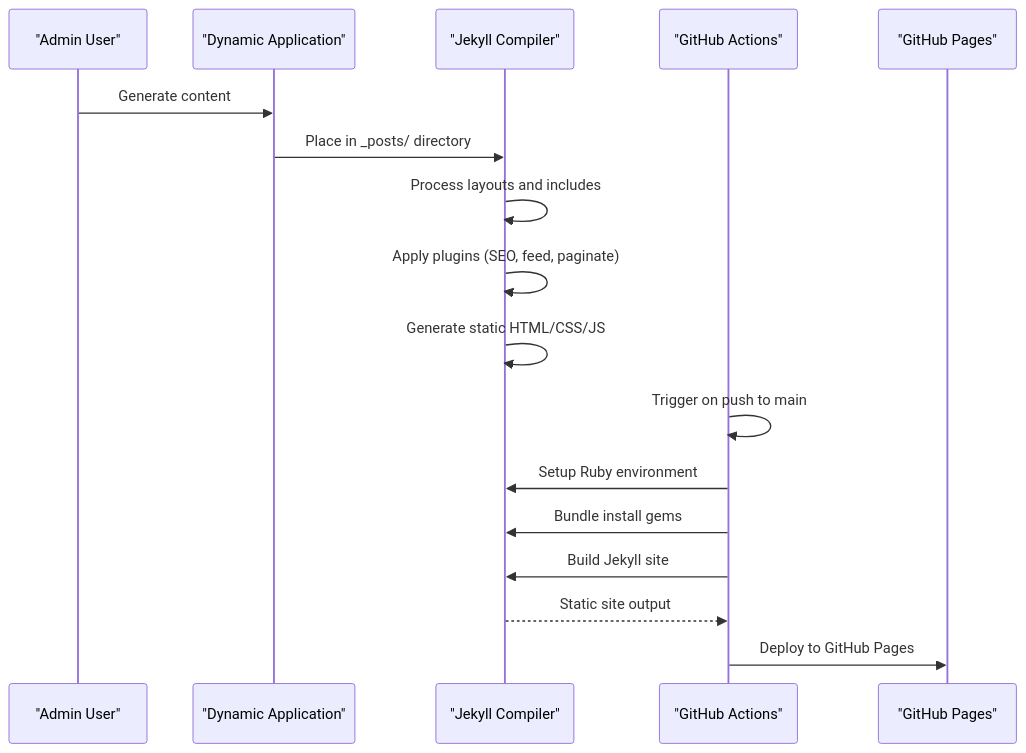
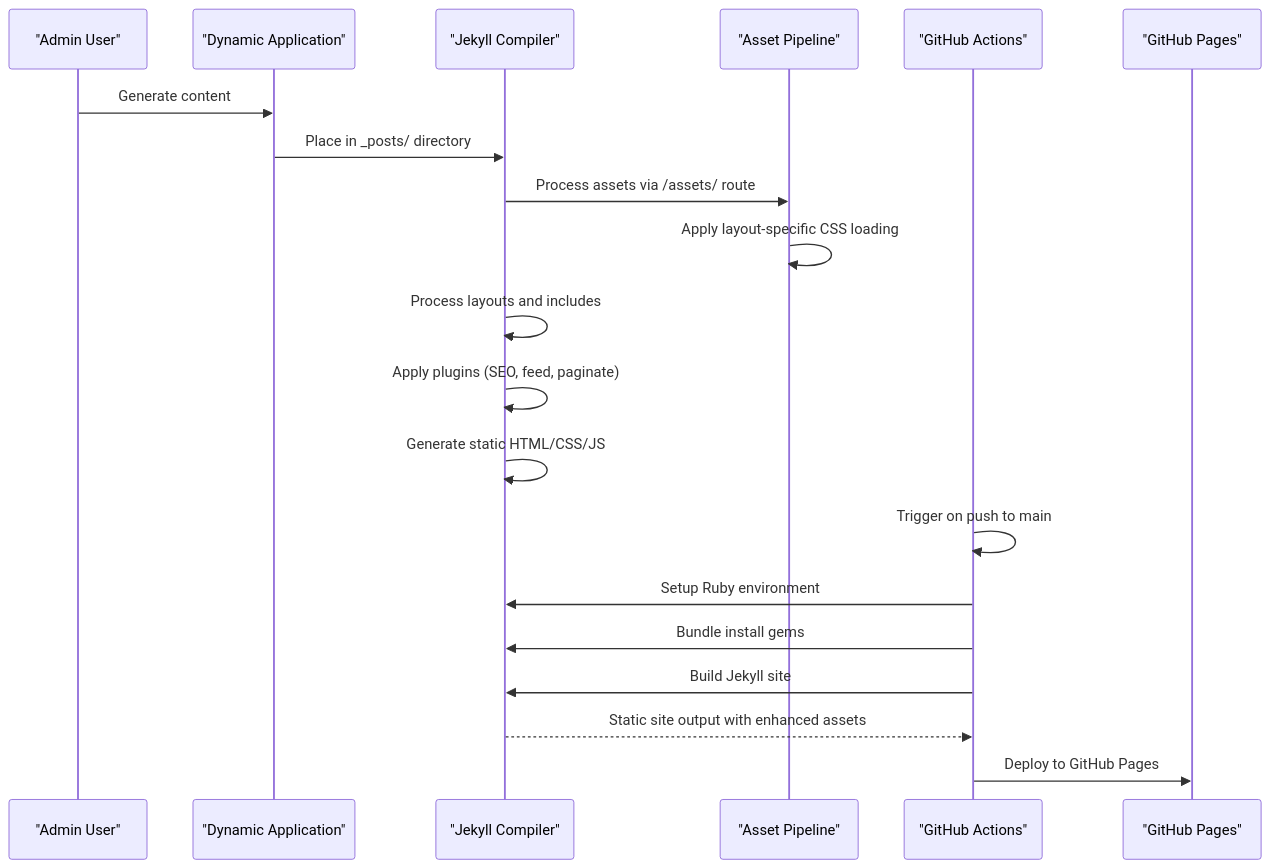
Before and after one commit to PolarisW007/PolaZhenJing: the second of 3 diagrams in .qoder/repowiki/en/content/Static Site Generation.md, drawn with Mermaid. The commit also changed other lines of this file and 6 other files, not shown here.

````diff
--- a/.qoder/repowiki/en/content/Static Site Generation.md
+++ b/.qoder/repowiki/en/content/Static Site Generation.md
@@ -137,19 +156,22 @@
 ```mermaid
 sequenceDiagram
 participant Admin as "Admin User"
 participant App as "Dynamic Application"
 participant Jekyll as "Jekyll Compiler"
+participant Assets as "Asset Pipeline"
 participant GH as "GitHub Actions"
 participant Pages as "GitHub Pages"
 Admin->>App : Generate content
 App->>Jekyll : Place in _posts/ directory
+Jekyll->>Assets : Process assets via /assets/ route
+Assets->>Assets : Apply layout-specific CSS loading
 Jekyll->>Jekyll : Process layouts and includes
 Jekyll->>Jekyll : Apply plugins (SEO, feed, paginate)
 Jekyll->>Jekyll : Generate static HTML/CSS/JS
 GH->>GH : Trigger on push to main
 GH->>Jekyll : Setup Ruby environment
 GH->>Jekyll : Bundle install gems
 GH->>Jekyll : Build Jekyll site
-Jekyll-->>GH : Static site output
+Jekyll-->>GH : Static site output with enhanced assets
 GH->>Pages : Deploy to GitHub Pages
 ```
````
